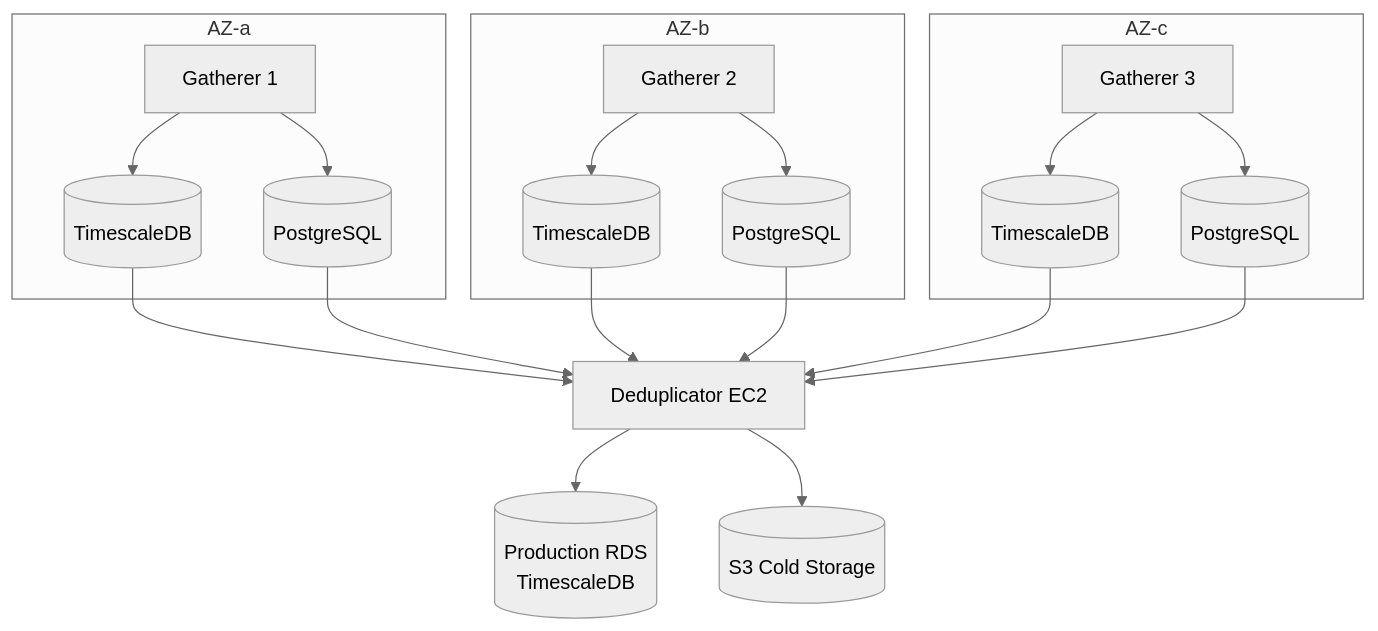
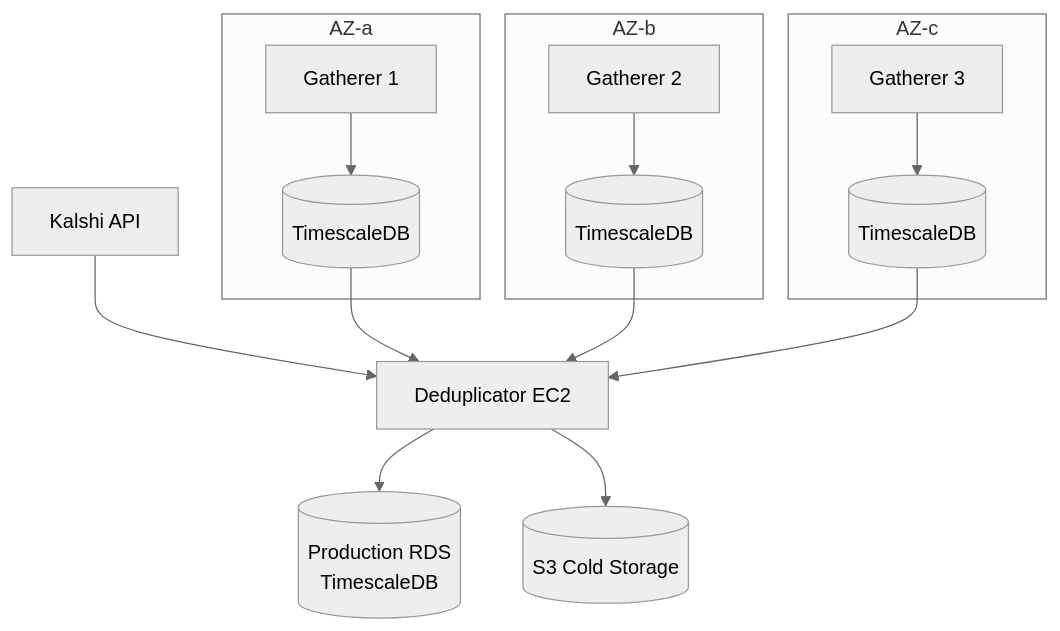
One commit to Projectsrxg/kalshi_v2 changed the first of 2 diagrams in docs/kalshi-data/architecture/system-design.md. Above: the diagram before and after it, drawn with Mermaid (neutral theme). The commit also changed other lines of this file and 27 other files, not shown here.

````diff
--- a/docs/kalshi-data/architecture/system-design.md
+++ b/docs/kalshi-data/architecture/system-design.md
@@ -9,33 +9,25 @@
 ```mermaid
 flowchart TD
     subgraph AZ1["AZ-a"]
         EC2_1[Gatherer 1]
         TS1[(TimescaleDB)]
-        PG1[(PostgreSQL)]
         EC2_1 --> TS1
-        EC2_1 --> PG1
     end
     subgraph AZ2["AZ-b"]
         EC2_2[Gatherer 2]
         TS2[(TimescaleDB)]
-        PG2[(PostgreSQL)]
         EC2_2 --> TS2
-        EC2_2 --> PG2
     end
     subgraph AZ3["AZ-c"]
         EC2_3[Gatherer 3]
         TS3[(TimescaleDB)]
-        PG3[(PostgreSQL)]
         EC2_3 --> TS3
-        EC2_3 --> PG3
     end
 
-    TS1 --> DEDUP[Deduplicator EC2]
+    KALSHI[Kalshi API] --> DEDUP[Deduplicator EC2]
+    TS1 --> DEDUP
     TS2 --> DEDUP
     TS3 --> DEDUP
-    PG1 --> DEDUP
-    PG2 --> DEDUP
-    PG3 --> DEDUP
     DEDUP --> PROD[(Production RDS\nTimescaleDB)]
     DEDUP --> S3[(S3 Cold Storage)]
 ```
````
